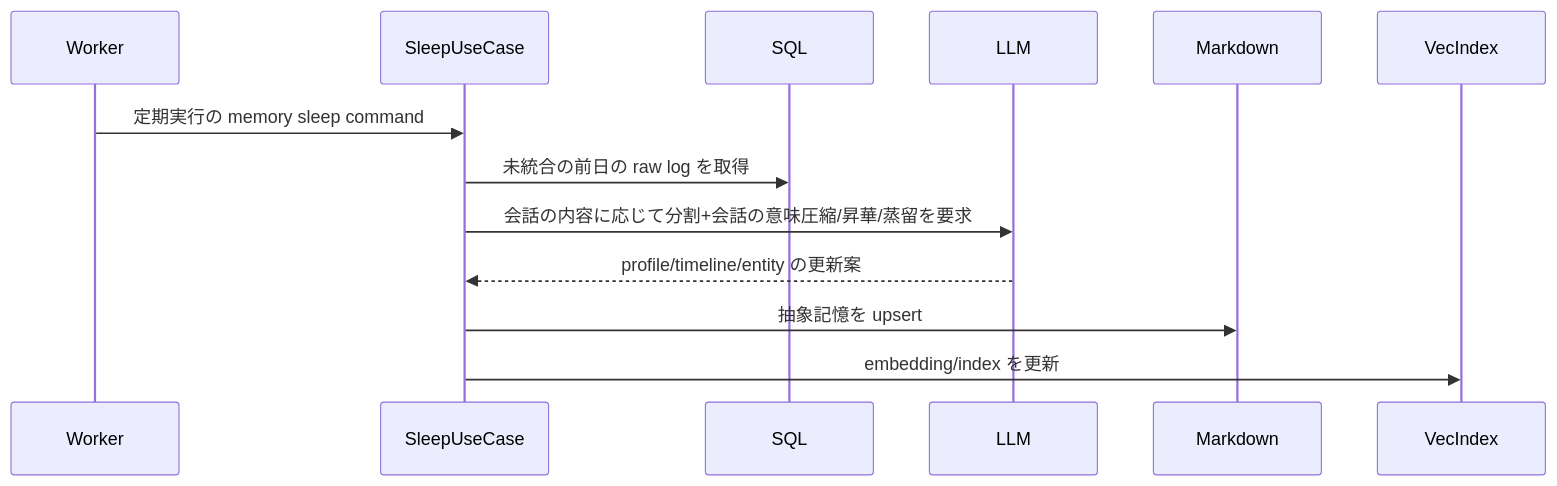
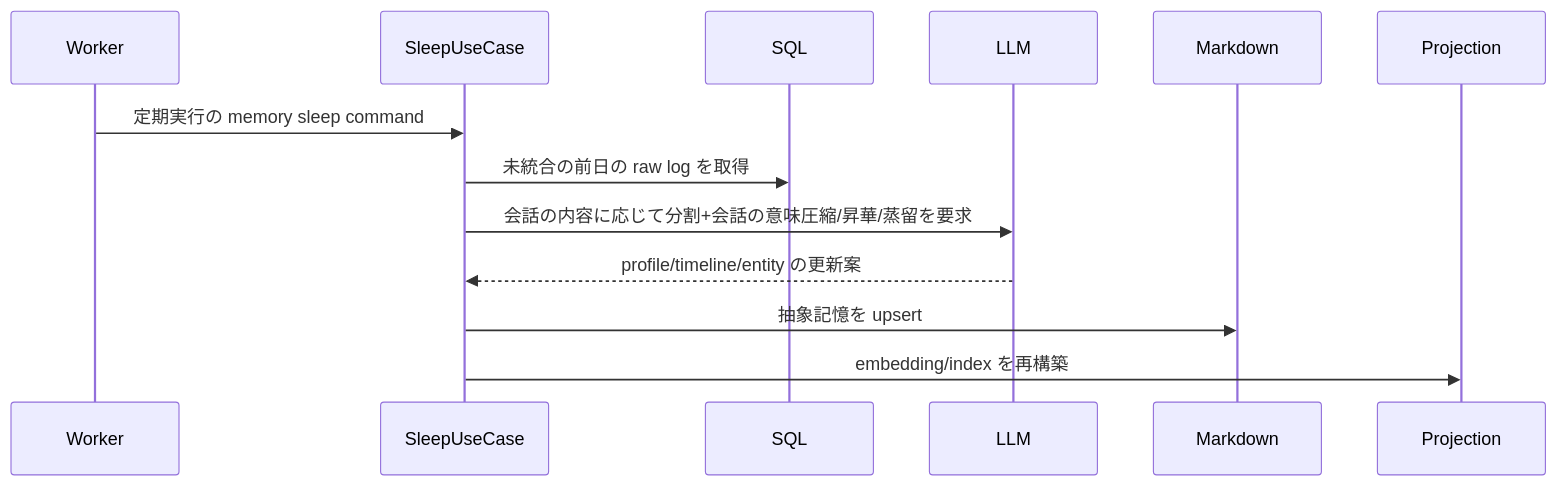
One commit to aiagate/agentic-chat-foundation changed the second of 2 diagrams in docs/infrastructure/long-term-memory-target-architecture.md. Above: the diagram before and after it, drawn with Mermaid. The commit also changed other lines of this file and 173 other files, not shown here.

````diff
--- a/docs/infrastructure/long-term-memory-target-architecture.md
+++ b/docs/infrastructure/long-term-memory-target-architecture.md
@@ -160,16 +160,16 @@
 ```mermaid
 sequenceDiagram
     participant Worker
     participant SleepUseCase
     participant SQL
     participant LLM
     participant Markdown
-    participant VecIndex
+    participant Projection
 
     Worker->>SleepUseCase: 定期実行の memory sleep command
     SleepUseCase->>SQL: 未統合の前日の raw log を取得
     SleepUseCase->>LLM: 会話の内容に応じて分割+会話の意味圧縮/昇華/蒸留を要求
     LLM-->>SleepUseCase: profile/timeline/entity の更新案
     SleepUseCase->>Markdown: 抽象記憶を upsert
-    SleepUseCase->>VecIndex: embedding/index を更新
+    SleepUseCase->>Projection: embedding/index を再構築
 ```
````
